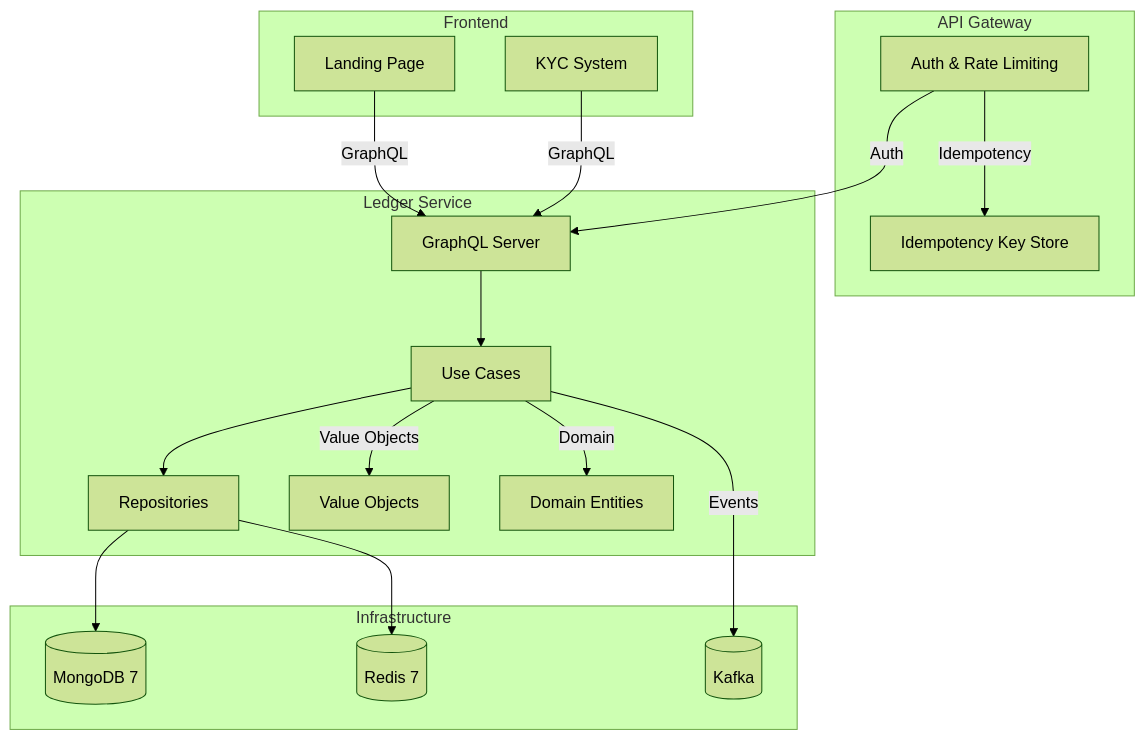
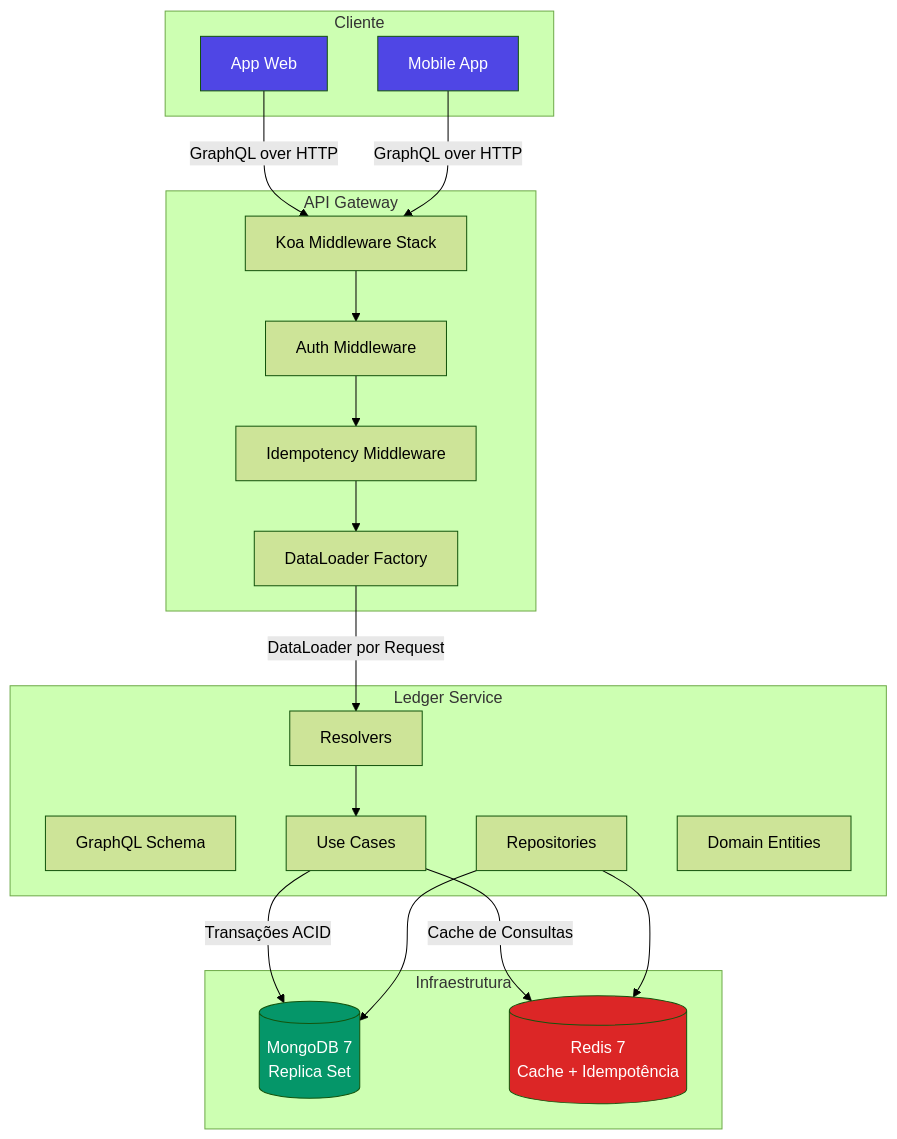
Before and after one commit to mateussiqueira/banking-stack: the first of 5 diagrams in packages/docs/challenges/01-ledger.md, drawn with Mermaid (forest theme). The commit also changed other lines of this file and 80 other files, not shown here.

First line of the commit message:
roadmap fases 1-4: interatividade, quizzes, gamificacao, flashcards

````diff
--- a/packages/docs/challenges/01-ledger.md
+++ b/packages/docs/challenges/01-ledger.md
@@ -22,38 +108,44 @@
 ```mermaid
-graph TB
-    subgraph "Frontend"
-        LP[Landing Page]
-        KYC[KYC System]
+flowchart TB
+    subgraph "Cliente"
+        WEB[App Web]
+        MOB[Mobile App]
     end
 
     subgraph "API Gateway"
-        GW[Auth & Rate Limiting]
-        IDP[Idempotency Key Store]
+        GW[Koa Middleware Stack]
+        AUTH[Auth Middleware]
+        IDP[Idempotency Middleware]
+        DL[DataLoader Factory]
     end
 
     subgraph "Ledger Service"
-        GQL[GraphQL Server]
+        GQL[GraphQL Schema]
+        RES[Resolvers]
         UC[Use Cases]
         REPO[Repositories]
-        VO[Value Objects]
         DOM[Domain Entities]
     end
 
-    subgraph "Infrastructure"
-        MONGO[(MongoDB 7)]
-        REDIS[(Redis 7)]
-        KAFKA[(Kafka)]
+    subgraph "Infraestrutura"
+        MONGO[(MongoDB 7<br/>Replica Set)]
+        REDIS[(Redis 7<br/>Cache + Idempotência)]
     end
 
-    LP -->|GraphQL| GQL
-    KYC -->|GraphQL| GQL
-    GW -->|Auth| GQL
-    GW -->|Idempotency| IDP
-    GQL --> UC
-    UC --> REPO
+    WEB -->|GraphQL over HTTP| GW
+    MOB -->|GraphQL over HTTP| GW
+    GW --> AUTH
+    AUTH --> IDP
+    IDP --> DL
+    DL -->|DataLoader por Request| RES
+    RES --> UC
+    UC -->|Transações ACID| MONGO
+    UC -->|Cache de Consultas| REDIS
     REPO --> MONGO
     REPO --> REDIS
-    UC -->|Events| KAFKA
-    UC -->|Domain| DOM
-    UC -->|Value Objects| VO
+
+    style WEB fill:#4f46e5,color:#fff
+    style MOB fill:#4f46e5,color:#fff
+    style MONGO fill:#059669,color:#fff
+    style REDIS fill:#dc2626,color:#fff
 ```
````
